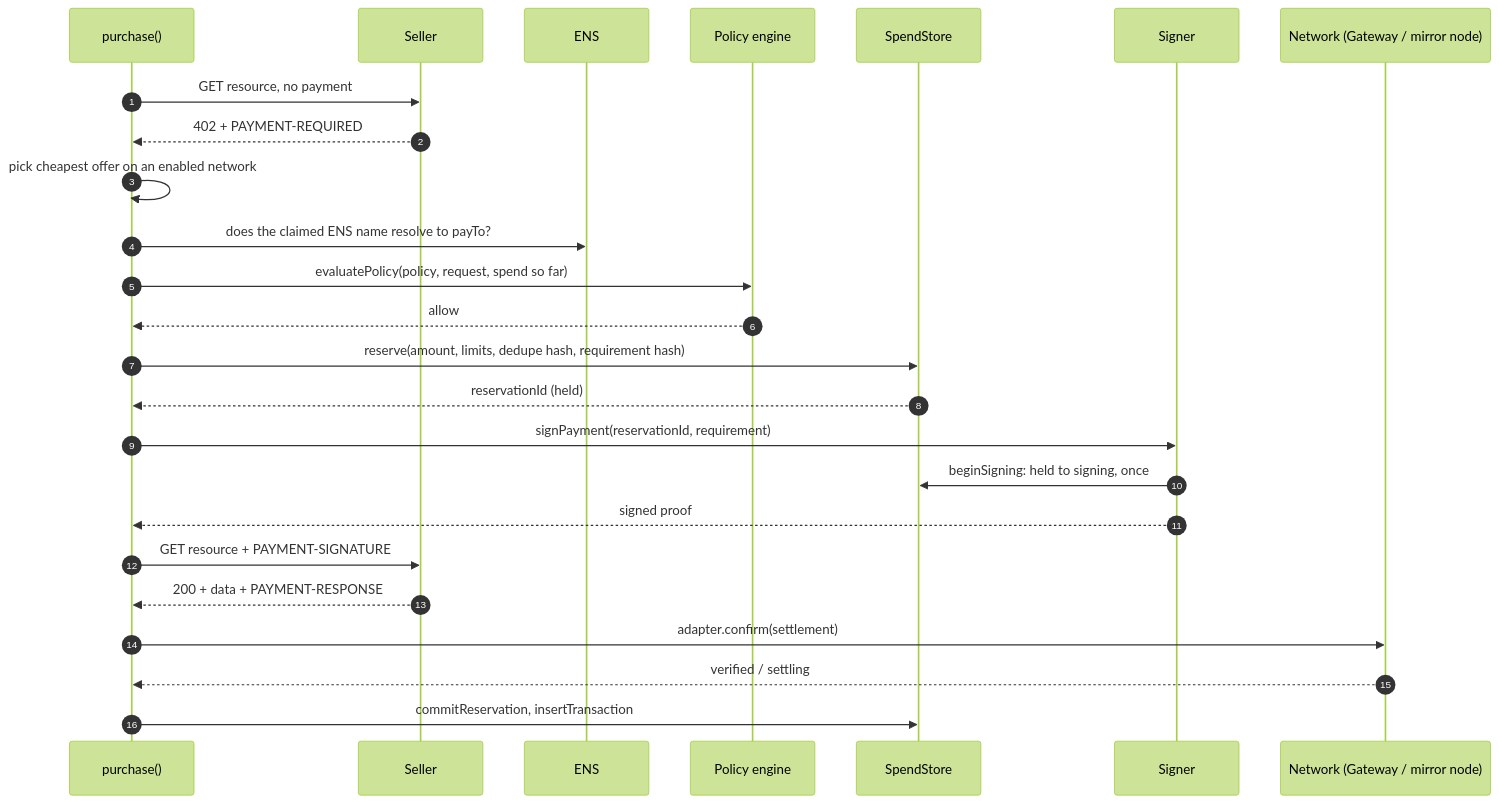
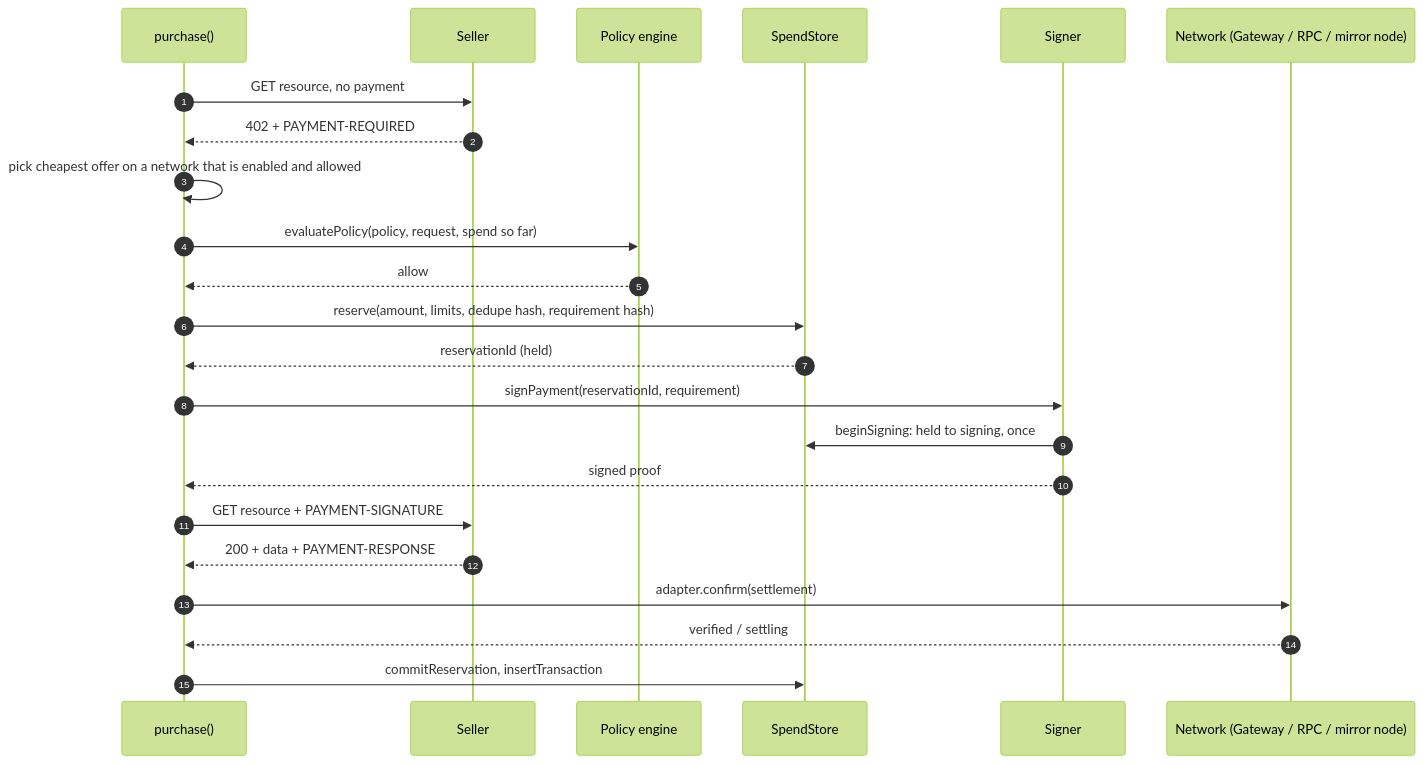
One commit to d-even/Spica changed the first of 2 diagrams in docs/payment-flow.md. Above: the diagram before and after it, drawn with Mermaid (forest theme). The commit also changed other lines of this file and 14 other files, not shown here.

````diff
--- a/docs/payment-flow.md
+++ b/docs/payment-flow.md
@@ -7,28 +17,26 @@
 ```mermaid
 sequenceDiagram
     autonumber
     participant P as purchase()
     participant S as Seller
-    participant E as ENS
     participant F as Policy engine
     participant D as SpendStore
     participant K as Signer
-    participant N as Network (Gateway / mirror node)
+    participant N as Network (Gateway / RPC / mirror node)
 
     P->>S: GET resource, no payment
     S-->>P: 402 + PAYMENT-REQUIRED
-    P->>P: pick cheapest offer on an enabled network
-    P->>E: does the claimed ENS name resolve to payTo?
+    P->>P: pick cheapest offer on a network that is enabled and allowed
     P->>F: evaluatePolicy(policy, request, spend so far)
     F-->>P: allow
     P->>D: reserve(amount, limits, dedupe hash, requirement hash)
     D-->>P: reservationId (held)
     P->>K: signPayment(reservationId, requirement)
     K->>D: beginSigning: held to signing, once
     K-->>P: signed proof
     P->>S: GET resource + PAYMENT-SIGNATURE
     S-->>P: 200 + data + PAYMENT-RESPONSE
     P->>N: adapter.confirm(settlement)
     N-->>P: verified / settling
     P->>D: commitReservation, insertTransaction
 ```
````
